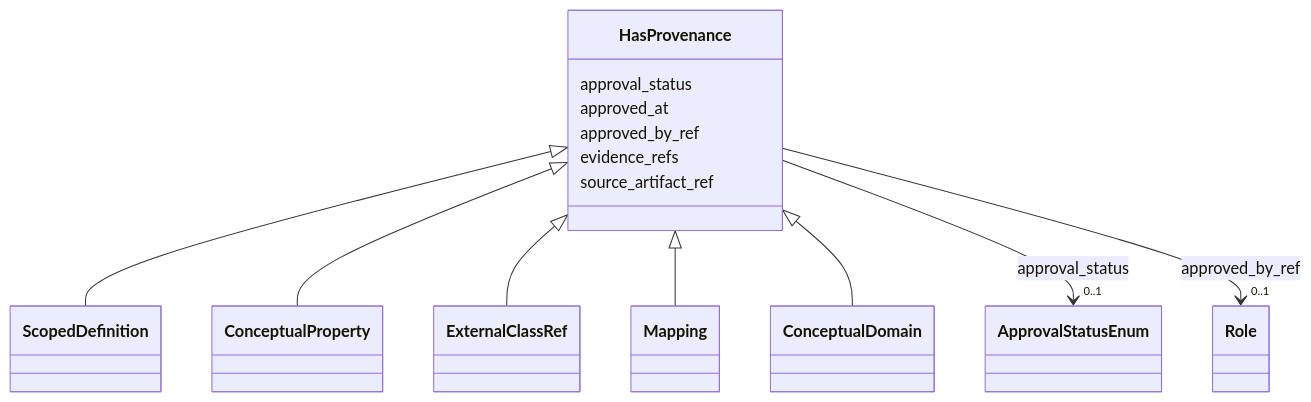
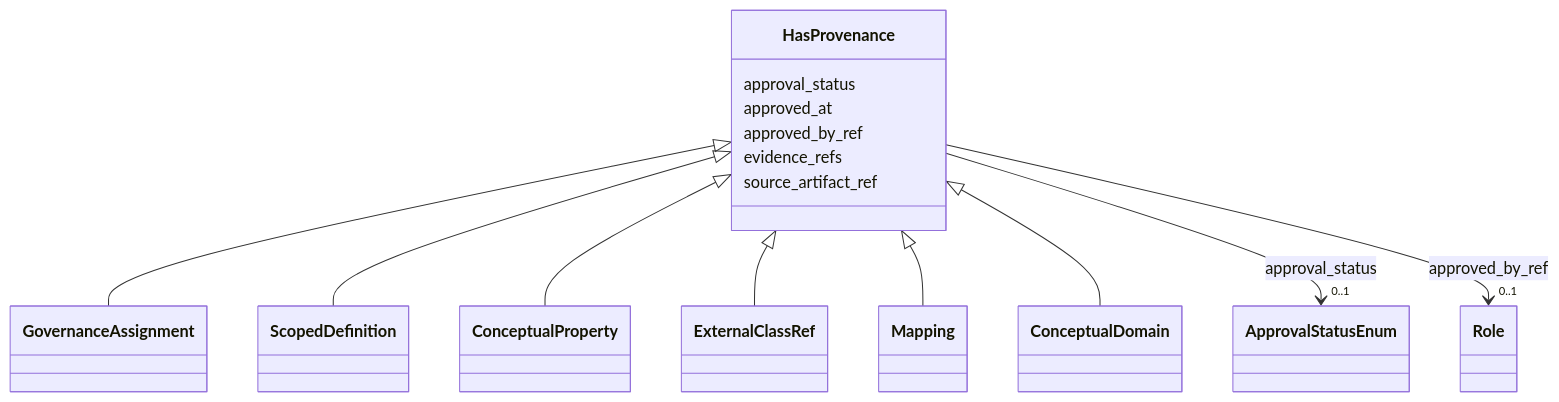
Before and after one commit to oista/moex-data-model: the diagram in generated/artifacts/moex-dams/0.1/diagrams/HasProvenance.md, drawn with Mermaid. The commit also changed 26 other files, not shown here.

First line of the commit message:
chore(generated): regenerate DAMS artifacts for schema 5.0.0 (ADR-049)

````diff
--- a/generated/artifacts/moex-dams/0.1/diagrams/HasProvenance.md
+++ b/generated/artifacts/moex-dams/0.1/diagrams/HasProvenance.md
@@ -4,45 +4,47 @@
 ```mermaid
  classDiagram
     class HasProvenance
     click HasProvenance href "../HasProvenance"
+      HasProvenance <|-- GovernanceAssignment
+        click GovernanceAssignment href "../GovernanceAssignment"
       HasProvenance <|-- ScopedDefinition
         click ScopedDefinition href "../ScopedDefinition"
       HasProvenance <|-- ConceptualProperty
         click ConceptualProperty href "../ConceptualProperty"
       HasProvenance <|-- ExternalClassRef
         click ExternalClassRef href "../ExternalClassRef"
       HasProvenance <|-- Mapping
         click Mapping href "../Mapping"
       HasProvenance <|-- ConceptualDomain
         click ConceptualDomain href "../ConceptualDomain"
       
       HasProvenance : approval_status
         
           
     
         
         
         HasProvenance --> "0..1" ApprovalStatusEnum : approval_status
         click ApprovalStatusEnum href "../ApprovalStatusEnum"
     
 
         
       HasProvenance : approved_at
         
       HasProvenance : approved_by_ref
         
           
     
         
         
         HasProvenance --> "0..1" Role : approved_by_ref
         click Role href "../Role"
     
 
         
       HasProvenance : evidence_refs
         
       HasProvenance : source_artifact_ref
         
       
 ```
````
